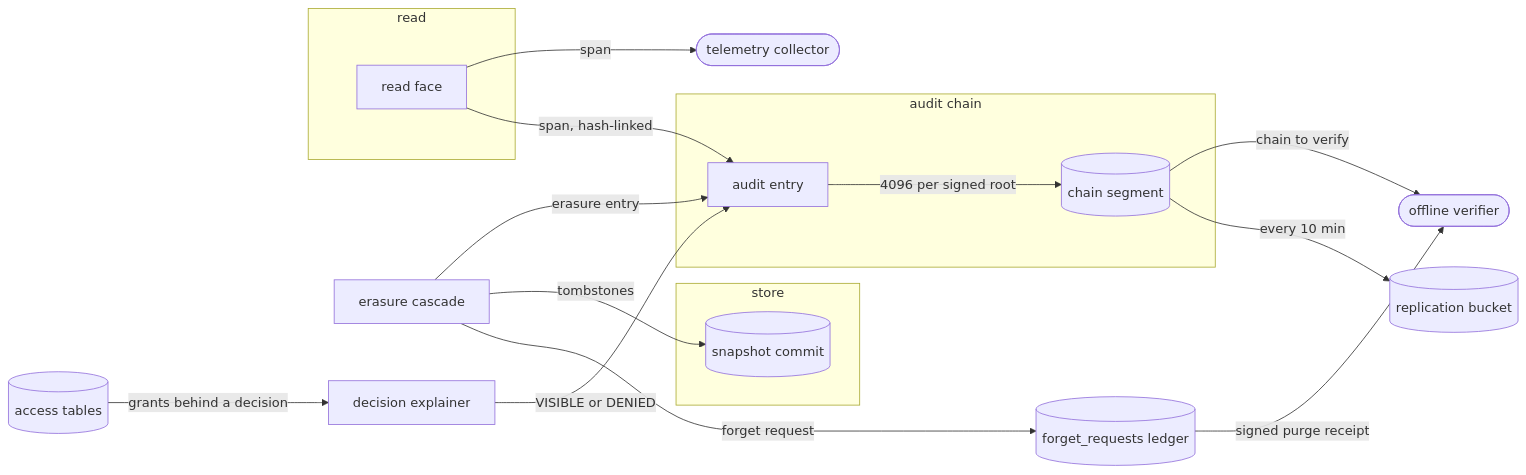
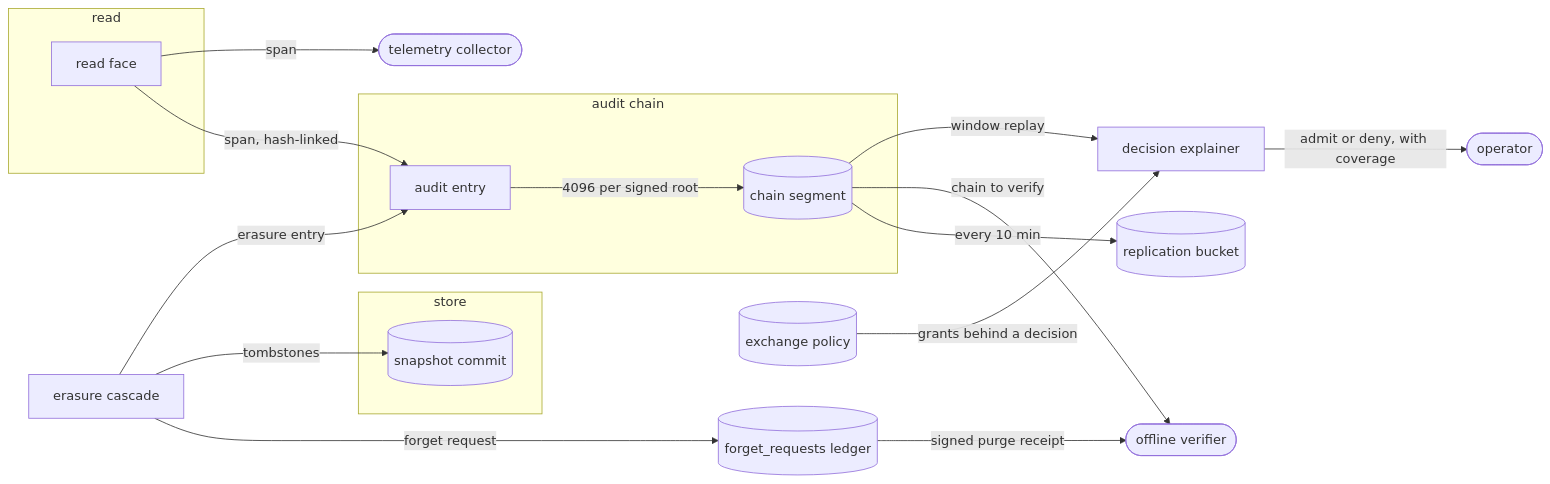
One commit to fractalboxdev/contextful changed the first of 5 diagrams in spec/62-accountability.md. Above: the diagram before and after it, drawn with Mermaid. The commit also changed other lines of this file and 14 other files, not shown here.

First line of the commit message:
disclosure: `audit explain` answers an access decision, its path, a window replay and a table's audience, with a coverage block and no row

````diff
--- a/spec/62-accountability.md
+++ b/spec/62-accountability.md
@@ -21,31 +21,33 @@
 ```mermaid
 flowchart LR
   subgraph READ["read"]
     RD["read face"]
   end
   subgraph CHAIN["audit chain"]
     ENTRY["audit entry"]
     SEG[("chain segment")]
   end
   subgraph STORE["store"]
     SNAP[("snapshot commit")]
   end
   TEL(["telemetry collector"])
   BKT[("replication bucket")]
   VER(["offline verifier"])
-  ACC[("access tables")]
+  ACC[("exchange policy")]
   EXPLAINER["decision explainer"]
+  OPS(["operator"])
   ERASER["erasure cascade"]
   LEDGER[("forget_requests ledger")]
   RD -->|"span, hash-linked"| ENTRY
   RD -->|"span"| TEL
   ENTRY -->|"4096 per signed root"| SEG
   SEG -->|"every 10 min"| BKT
   SEG -->|"chain to verify"| VER
   ACC -->|"grants behind a decision"| EXPLAINER
-  EXPLAINER -->|"VISIBLE or DENIED"| ENTRY
+  SEG -->|"window replay"| EXPLAINER
+  EXPLAINER -->|"admit or deny, with coverage"| OPS
   ERASER -->|"forget request"| LEDGER
   ERASER -->|"tombstones"| SNAP
   ERASER -->|"erasure entry"| ENTRY
   LEDGER -->|"signed purge receipt"| VER
 ```
````
